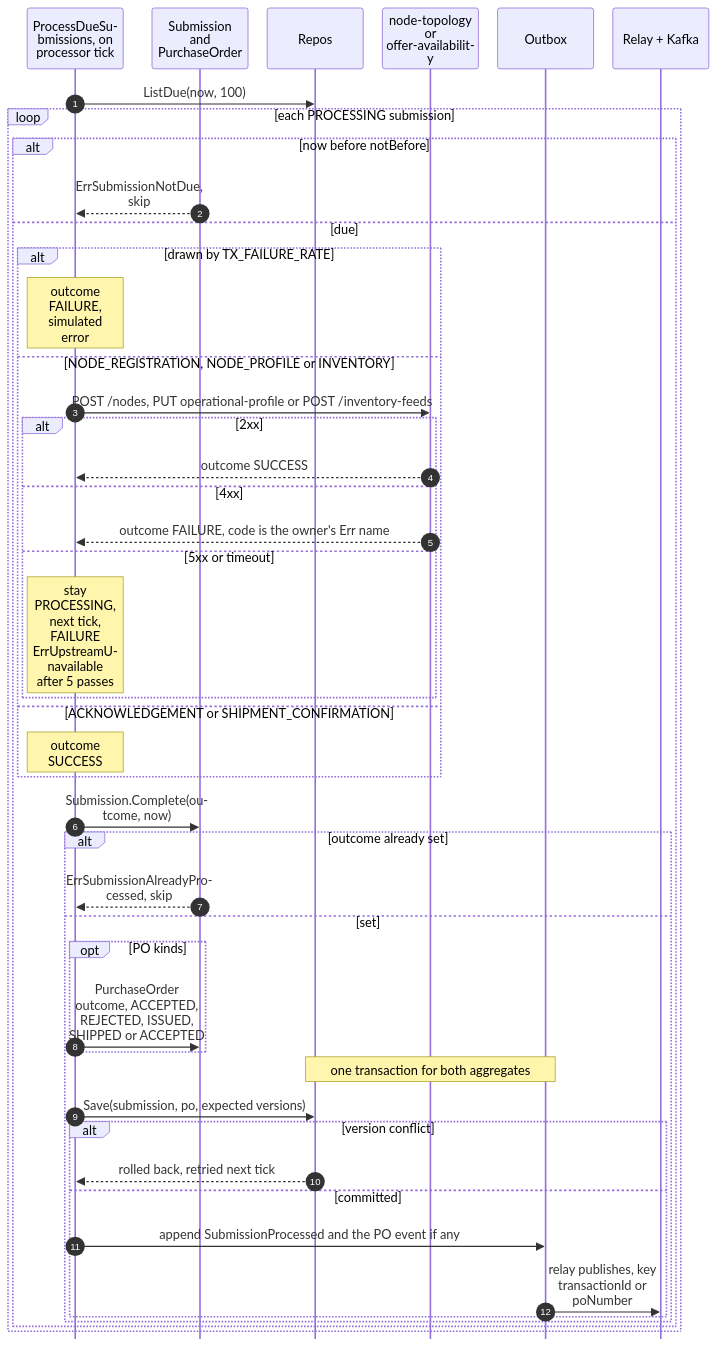
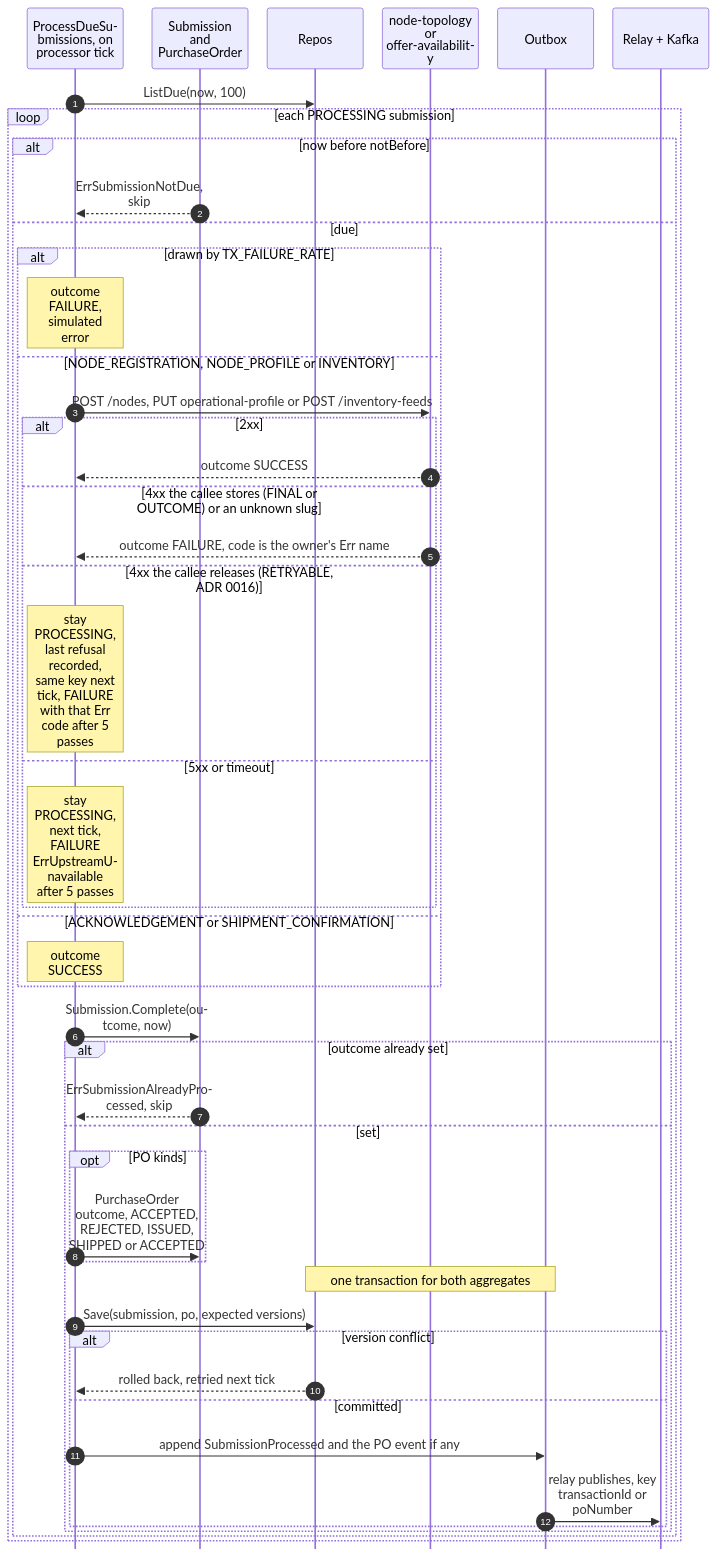
Before and after one commit to IQVO/vendor-connectivity: the tenth of 10 diagrams in docs/docs/ddd/sequence-diagrams.md, drawn with Mermaid. The commit also changed 36 other files, not shown here.

First line of the commit message:
feat(outbound): retry the refusals the callee releases (replay class RETRYABLE) (#96)

````diff
--- a/docs/docs/ddd/sequence-diagrams.md
+++ b/docs/docs/ddd/sequence-diagrams.md
@@ -414,48 +414,50 @@
 ```mermaid
 %%{init: {"sequence": {"wrap": true, "width": 120, "actorMargin": 24, "messageMargin": 28, "boxMargin": 6, "noteMargin": 6, "mirrorActors": false}}}%%
 sequenceDiagram
     autonumber
     participant UC as ProcessDueSubmissions, on processor tick
     participant A as Submission and PurchaseOrder
     participant R as Repos
     participant NB as node-topology or offer-availability
     participant OB as Outbox
     participant K as Relay + Kafka
     UC->>R: ListDue(now, 100)
     loop each PROCESSING submission
         alt now before notBefore
             A-->>UC: ErrSubmissionNotDue, skip
         else due
             alt drawn by TX_FAILURE_RATE
                 Note over UC: outcome FAILURE, simulated error
             else NODE_REGISTRATION, NODE_PROFILE or INVENTORY
                 UC->>NB: POST /nodes, PUT operational-profile or POST /inventory-feeds
                 alt 2xx
                     NB-->>UC: outcome SUCCESS
-                else 4xx
+                else 4xx the callee stores (FINAL or OUTCOME) or an unknown slug
                     NB-->>UC: outcome FAILURE, code is the owner's Err name
+                else 4xx the callee releases (RETRYABLE, ADR 0016)
+                    Note over UC: stay PROCESSING, last refusal recorded, same key next tick, FAILURE with that Err code after 5 passes
                 else 5xx or timeout
                     Note over UC: stay PROCESSING, next tick, FAILURE ErrUpstreamUnavailable after 5 passes
                 end
             else ACKNOWLEDGEMENT or SHIPMENT_CONFIRMATION
                 Note over UC: outcome SUCCESS
             end
             UC->>A: Submission.Complete(outcome, now)
             alt outcome already set
                 A-->>UC: ErrSubmissionAlreadyProcessed, skip
             else set
                 opt PO kinds
                     UC->>A: PurchaseOrder outcome, ACCEPTED, REJECTED, ISSUED, SHIPPED or ACCEPTED
                 end
                 Note over R,OB: one transaction for both aggregates
                 UC->>R: Save(submission, po, expected versions)
                 alt version conflict
                     R-->>UC: rolled back, retried next tick
                 else committed
                     UC->>OB: append SubmissionProcessed and the PO event if any
                     OB->>K: relay publishes, key transactionId or poNumber
                 end
             end
         end
     end
 ```
````
